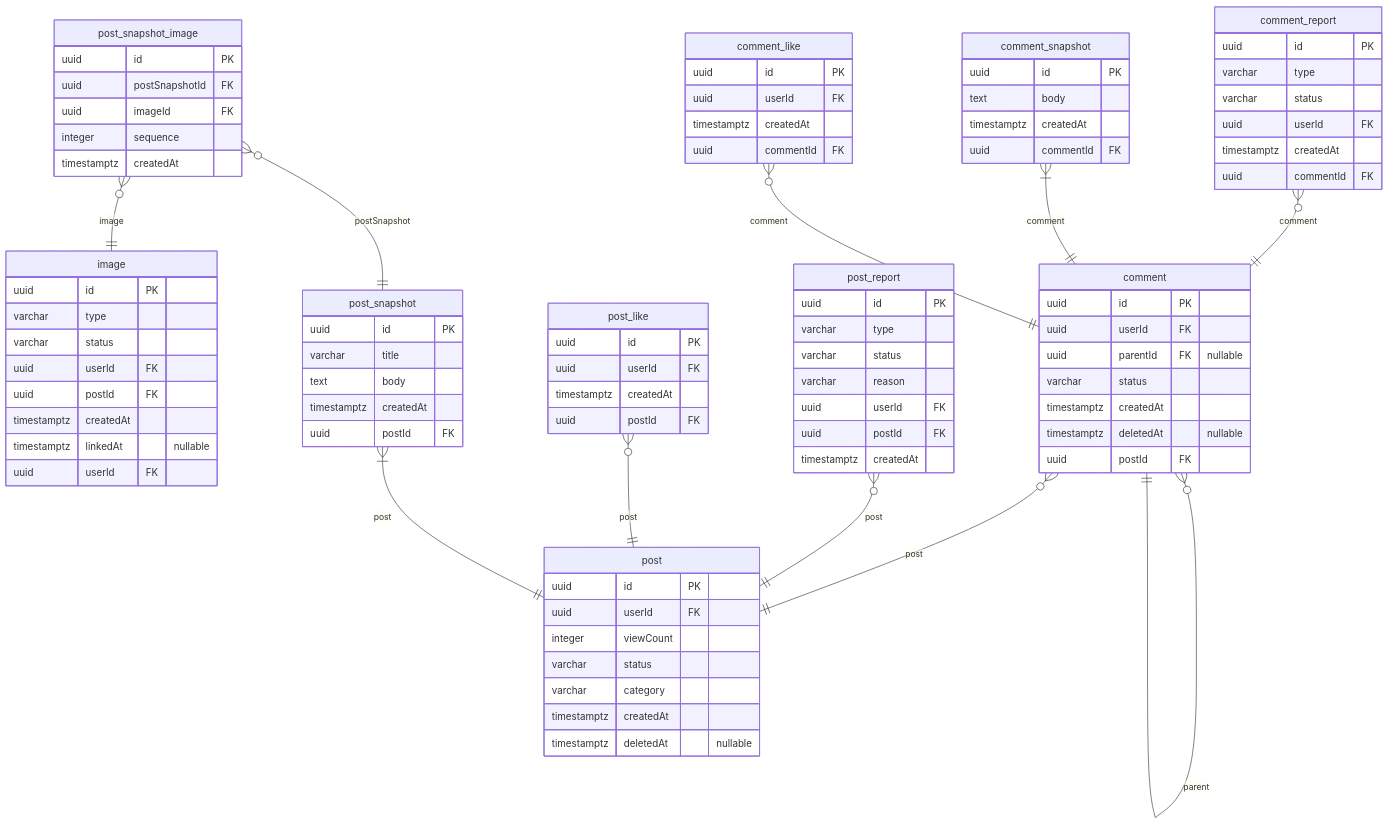
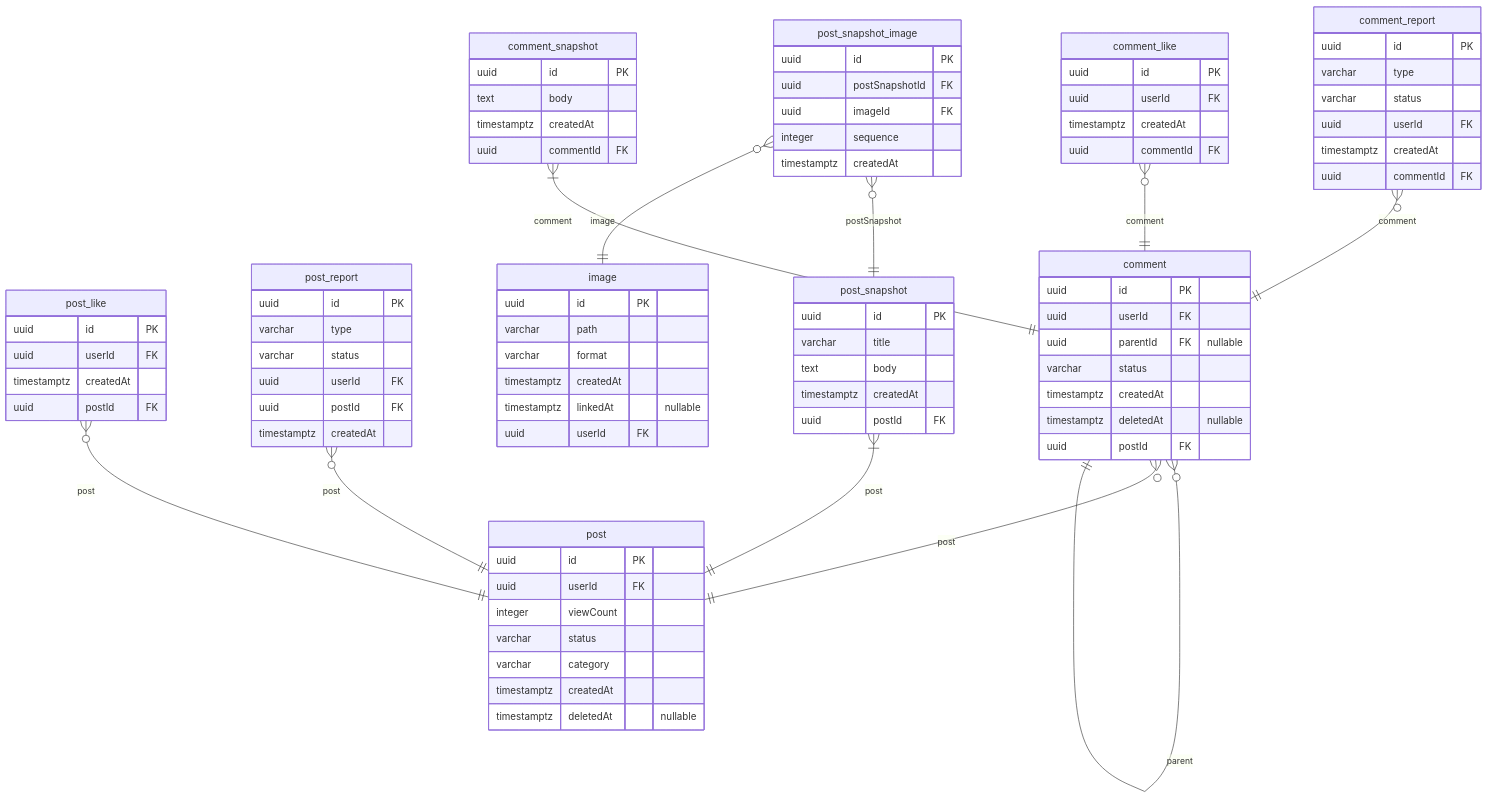
The fourth of 6 diagrams in docs/najiha-v2-erd.md (NAJUHA-JIUJITSU/najuha-v2-be), drawn with Mermaid before and after one commit. The commit also changed other lines of this file and 26 other files, not shown here.

````diff
--- a/docs/najiha-v2-erd.md
+++ b/docs/najiha-v2-erd.md
@@ -624,26 +640,29 @@
 ```mermaid
 erDiagram
-  post_snapshot_image {
+  post_like {
     uuid id PK
-    uuid postSnapshotId FK
-    uuid imageId FK
-    integer sequence
+    uuid userId FK
     timestamptz createdAt
+    uuid postId FK
   }
-  image {
+  post_report {
     uuid id PK
     varchar type
     varchar status
     uuid userId FK
     uuid postId FK
     timestamptz createdAt
-    timestamptz linkedAt "nullable"
-    uuid userId FK
   }
   comment_report {
     uuid id PK
     varchar type
     varchar status
+    uuid userId FK
+    timestamptz createdAt
+    uuid commentId FK
+  }
+  comment_like {
+    uuid id PK
     uuid userId FK
     timestamptz createdAt
     uuid commentId FK
@@ -663,27 +682,6 @@
     timestamptz deletedAt "nullable"
     uuid postId FK
   }
-  comment_like {
-    uuid id PK
-    uuid userId FK
-    timestamptz createdAt
-    uuid commentId FK
-  }
-  post_report {
-    uuid id PK
-    varchar type
-    varchar status
-    varchar reason
-    uuid userId FK
-    uuid postId FK
-    timestamptz createdAt
-  }
-  post_like {
-    uuid id PK
-    uuid userId FK
-    timestamptz createdAt
-    uuid postId FK
-  }
   post {
     uuid id PK
     uuid userId FK
@@ -700,14 +698,29 @@
     timestamptz createdAt
     uuid postId FK
   }
-  post_snapshot_image }o--|| post_snapshot: postSnapshot
-  post_snapshot_image }o--|| image: image
+  post_snapshot_image {
+    uuid id PK
+    uuid postSnapshotId FK
+    uuid imageId FK
+    integer sequence
+    timestamptz createdAt
+  }
+  image {
+    uuid id PK
+    varchar path
+    varchar format
+    timestamptz createdAt
+    timestamptz linkedAt "nullable"
+    uuid userId FK
+  }
+  post_like }o--|| post: post
+  post_report }o--|| post: post
   comment_report }o--|| comment: comment
+  comment_like }o--|| comment: comment
   comment_snapshot }|--|| comment: comment
   comment }o--|| comment: parent
   comment }o--|| post: post
-  comment_like }o--|| comment: comment
-  post_report }o--|| post: post
-  post_like }o--|| post: post
   post_snapshot }|--|| post: post
+  post_snapshot_image }o--|| post_snapshot: postSnapshot
+  post_snapshot_image }o--|| image: image
 ```
````
